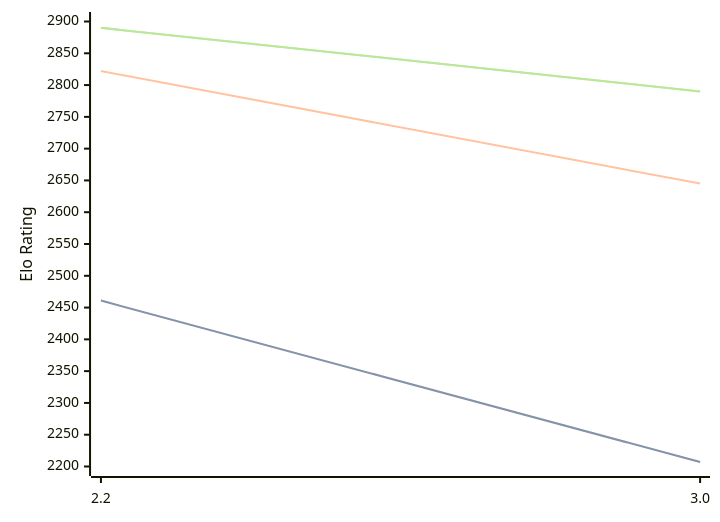
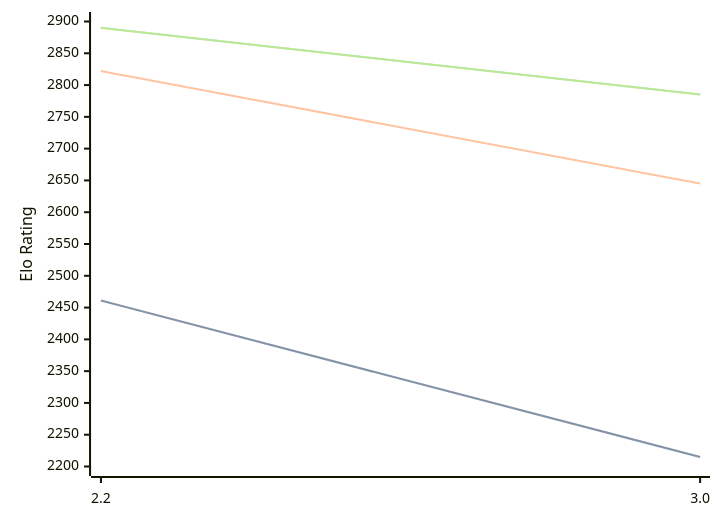
Before and after one commit to computer-chess-index/cci: the third of 3 diagrams in engines/Thrawn.md, drawn with Mermaid. The commit also changed other lines of this file, not shown here.

Commit message:
Update CCI Ratings (ELO VLTC) - 2026-07-07

````diff
--- a/engines/Thrawn.md
+++ b/engines/Thrawn.md
@@ -73,11 +74,11 @@
 ```mermaid
 %%{init: {"theme":"base","themeVariables":{"seriesColors:['#a3a3a3','#222221','#faa371']}}}%%
 xychart-beta
   x-axis ["2.2", "3.0"]
   y-axis "Elo Rating" 2200 --> 2900
-  line "STC (8.0+0.08s)" [2461, 2207]
-  line "STC (8.0+0.08s)" [2461, 2207]
+  line "STC (8.0+0.08s)" [2461, 2215]
+  line "STC (8.0+0.08s)" [2461, 2215]
   line "LTC (60.0+0.60s)" [2822, 2645]
-  line "VLTC (2m24s+1.12s)" [2890, 2790]
-  line "VLTC (2m24s+1.12s)" [2890, 2790]
+  line "VLTC (2m24s+1.12s)" [2890, 2785]
+  line "VLTC (2m24s+1.12s)" [2890, 2785]
 ```
````
